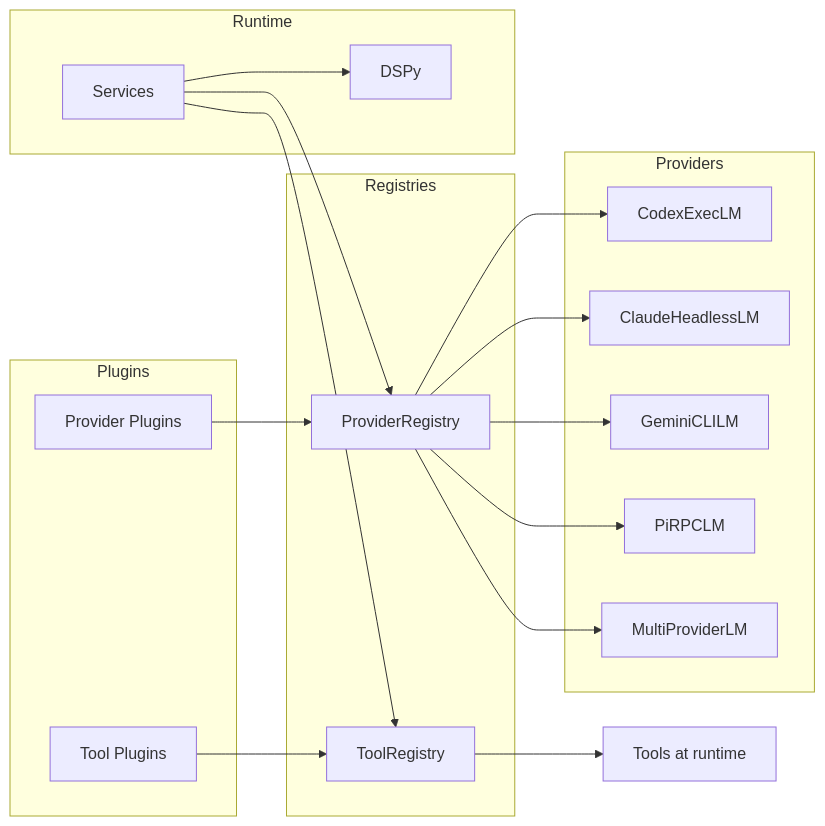
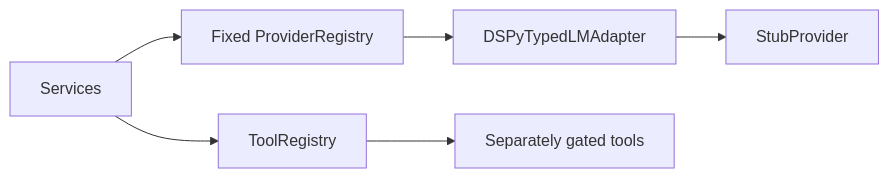
The fourth of 6 diagrams in docs/ARCHITECTURE.md (tryingET/dspx), drawn with Mermaid before and after one commit. The commit also changed other lines of this file and 166 other files, not shown here.

Commit message:
feat(provider): cut over to DSPy 3.3 typed runtime

````diff
--- a/docs/ARCHITECTURE.md
+++ b/docs/ARCHITECTURE.md
@@ -177,40 +111,8 @@
 ```mermaid
 graph LR
-  subgraph Plugins
-    ProvPlugin["Provider Plugins"]
-    ToolPlugin["Tool Plugins"]
-  end
-
-  subgraph Registries
-    ProvReg["ProviderRegistry"]
-    ToolReg["ToolRegistry"]
-  end
-
-  subgraph Runtime
-    Services["Services"]
-    DSPy["DSPy"]
-  end
-
-  subgraph Providers
-    Codex["CodexExecLM"]
-    Claude["ClaudeHeadlessLM"]
-    Gemini["GeminiCLILM"]
-    PiRPC["PiRPCLM"]
-    Multi["MultiProviderLM"]
-  end
-
-  ProvPlugin --> ProvReg
-  ToolPlugin --> ToolReg
-
-  Services --> ProvReg
-  Services --> ToolReg
-  Services --> DSPy
-
-  ProvReg --> Codex
-  ProvReg --> Claude
-  ProvReg --> Gemini
-  ProvReg --> PiRPC
-  ProvReg --> Multi
-
-  ToolReg --> ToolRuntime["Tools at runtime"]
+  Services["Services"] --> ProvReg["Fixed ProviderRegistry"]
+  ProvReg --> Adapter["DSPyTypedLMAdapter"]
+  Adapter --> Stub["StubProvider"]
+  Services --> ToolReg["ToolRegistry"]
+  ToolReg --> ToolRuntime["Separately gated tools"]
 ```
````
